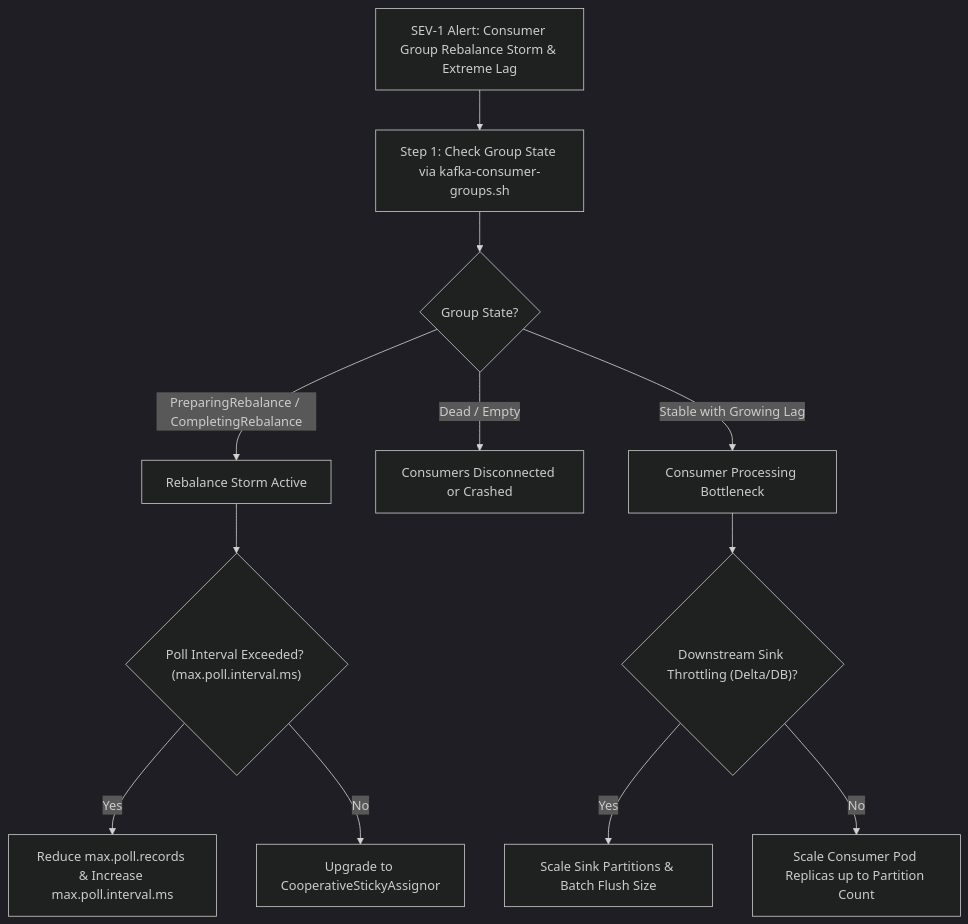
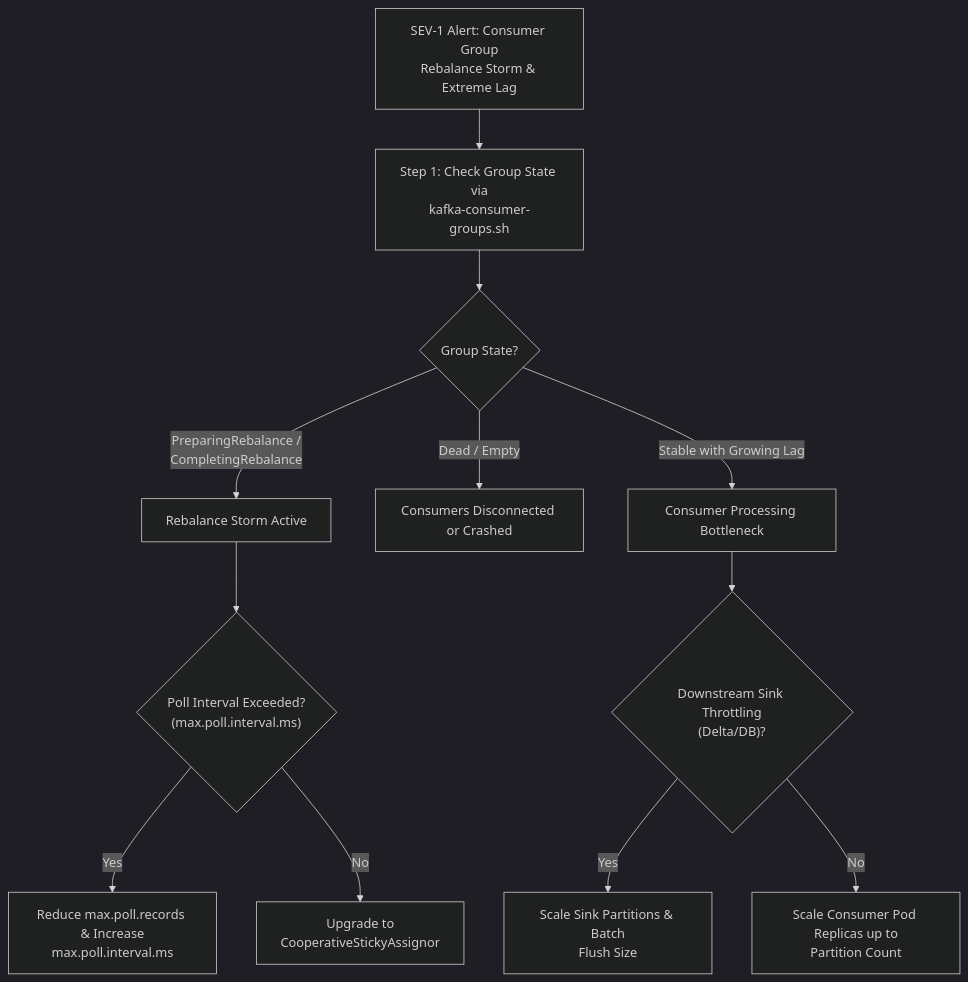
Before and after one commit to santoshjammi29/streaming-handbook: the diagram in runbooks/01_consumer_group_rebalance_storm_triage.md, drawn with Mermaid (dark theme). The commit also changed 11 other files, not shown here.

Commit message:
fix(diagrams): word-wrap labels and escape comparison operators across all diagrams

````diff
--- a/runbooks/01_consumer_group_rebalance_storm_triage.md
+++ b/runbooks/01_consumer_group_rebalance_storm_triage.md
@@ -12,17 +12,17 @@
 ```mermaid
 flowchart TD
-    Alert["SEV-1 Alert: Consumer Group Rebalance Storm & Extreme Lag"] --> InspectLag["Step 1: Check Group State via kafka-consumer-groups.sh"]
+    Alert["SEV-1 Alert: Consumer Group<br/>Rebalance Storm & Extreme Lag"] --> InspectLag["Step 1: Check Group State via<br/>kafka-consumer-groups.sh"]
     InspectLag --> StateCheck{"Group State?"}
 
-    StateCheck -->|"PreparingRebalance / CompletingRebalance"| StormDetect["Rebalance Storm Active"]
+    StateCheck -->|"PreparingRebalance /<br/>CompletingRebalance"| StormDetect["Rebalance Storm Active"]
     StateCheck -->|"Dead / Empty"| DeadGroup["Consumers Disconnected or Crashed"]
     StateCheck -->|"Stable with Growing Lag"| SlowConsumers["Consumer Processing Bottleneck"]
 
-    StormDetect --> PollCheck{"Poll Interval Exceeded? (max.poll.interval.ms)"}
-    PollCheck -->|Yes| FixPoll["Reduce max.poll.records & Increase max.poll.interval.ms"]
-    PollCheck -->|No| StickyCheck["Upgrade to CooperativeStickyAssignor"]
+    StormDetect --> PollCheck{"Poll Interval Exceeded?<br/>(max.poll.interval.ms)"}
+    PollCheck -->|Yes| FixPoll["Reduce max.poll.records & Increase<br/>max.poll.interval.ms"]
+    PollCheck -->|No| StickyCheck["Upgrade to<br/>CooperativeStickyAssignor"]
 
-    SlowConsumers --> DownstreamCheck{"Downstream Sink Throttling (Delta/DB)?"}
-    DownstreamCheck -->|Yes| SinkOptimize["Scale Sink Partitions & Batch Flush Size"]
-    DownstreamCheck -->|No| ScaleConsumers["Scale Consumer Pod Replicas up to Partition Count"]
+    SlowConsumers --> DownstreamCheck{"Downstream Sink Throttling<br/>(Delta/DB)?"}
+    DownstreamCheck -->|Yes| SinkOptimize["Scale Sink Partitions & Batch<br/>Flush Size"]
+    DownstreamCheck -->|No| ScaleConsumers["Scale Consumer Pod Replicas up to<br/>Partition Count"]
 ```
````
